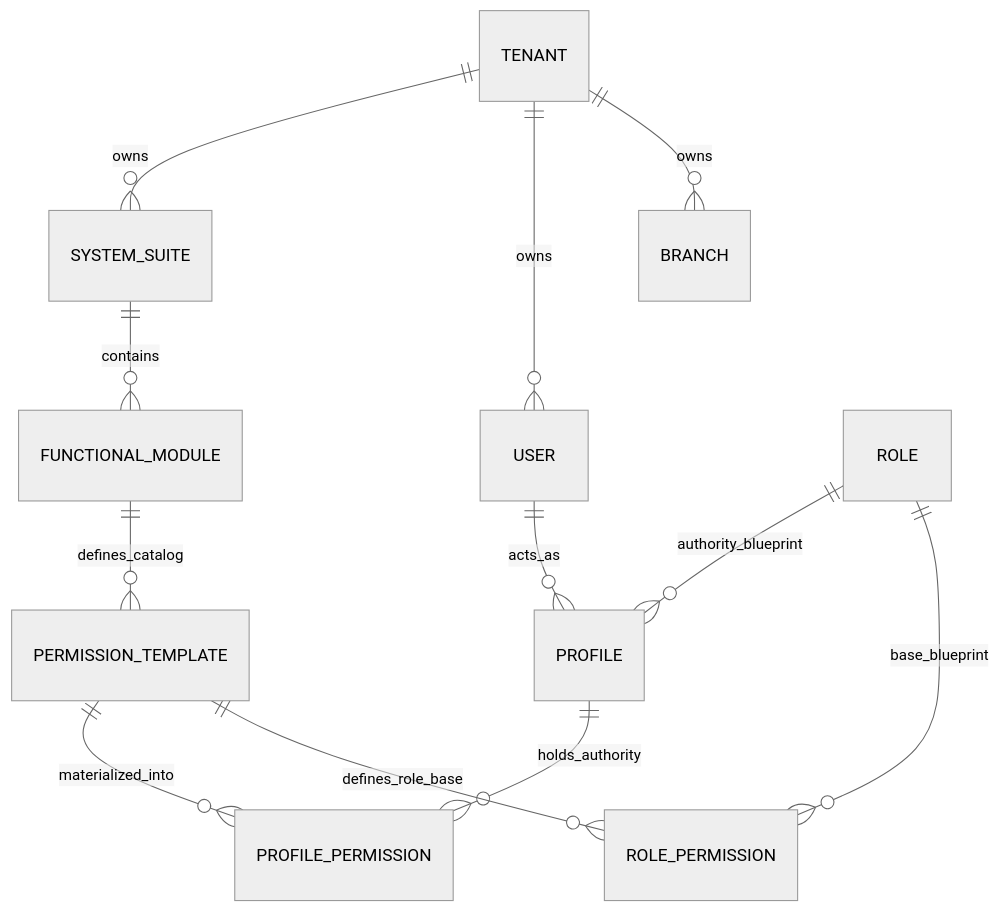
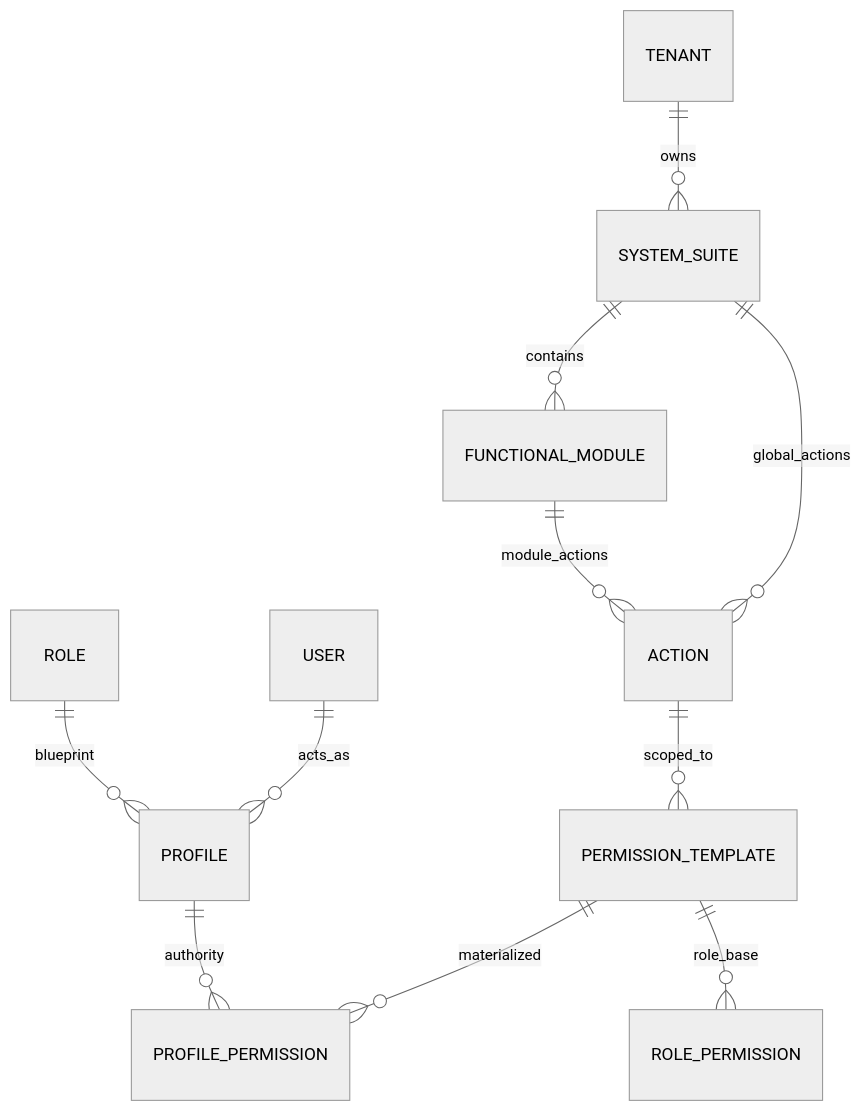
The first of 3 diagrams in architecture/blueprints/database-design-er.md (beyondnetcode/ums), drawn with Mermaid (neutral theme) before and after one commit. The commit also changed other lines of this file and 4 other files, not shown here.

Commit message:
feat(auth): implement Scoped Action Governance and hierarchical ownership (EN/ES)

````diff
--- a/architecture/blueprints/database-design-er.md
+++ b/architecture/blueprints/database-design-er.md
@@ -50,18 +27,16 @@
 ```mermaid
 erDiagram
     TENANT ||--o{ SYSTEM_SUITE : "owns"
-    TENANT ||--o{ USER : "owns"
-    TENANT ||--o{ BRANCH : "owns"
+    SYSTEM_SUITE ||--o{ FUNCTIONAL_MODULE : "contains"
+    SYSTEM_SUITE ||--o{ ACTION : "global_actions"
+    FUNCTIONAL_MODULE ||--o{ ACTION : "module_actions"
     
-    SYSTEM_SUITE ||--o{ FUNCTIONAL_MODULE : "contains"
-    FUNCTIONAL_MODULE ||--o{ PERMISSION_TEMPLATE : "defines_catalog"
-    
-    PERMISSION_TEMPLATE ||--o{ PROFILE_PERMISSION : "materialized_into"
+    ACTION ||--o{ PERMISSION_TEMPLATE : "scoped_to"
+    PERMISSION_TEMPLATE ||--o{ PROFILE_PERMISSION : "materialized"
     
     USER ||--o{ PROFILE : "acts_as"
-    PROFILE ||--o{ PROFILE_PERMISSION : "holds_authority"
+    PROFILE ||--o{ PROFILE_PERMISSION : "authority"
     
-    ROLE ||--o{ PROFILE : "authority_blueprint"
-    ROLE ||--o{ ROLE_PERMISSION : "base_blueprint"
-    PERMISSION_TEMPLATE ||--o{ ROLE_PERMISSION : "defines_role_base"
+    ROLE ||--o{ PROFILE : "blueprint"
+    PERMISSION_TEMPLATE ||--o{ ROLE_PERMISSION : "role_base"
 ```
````
